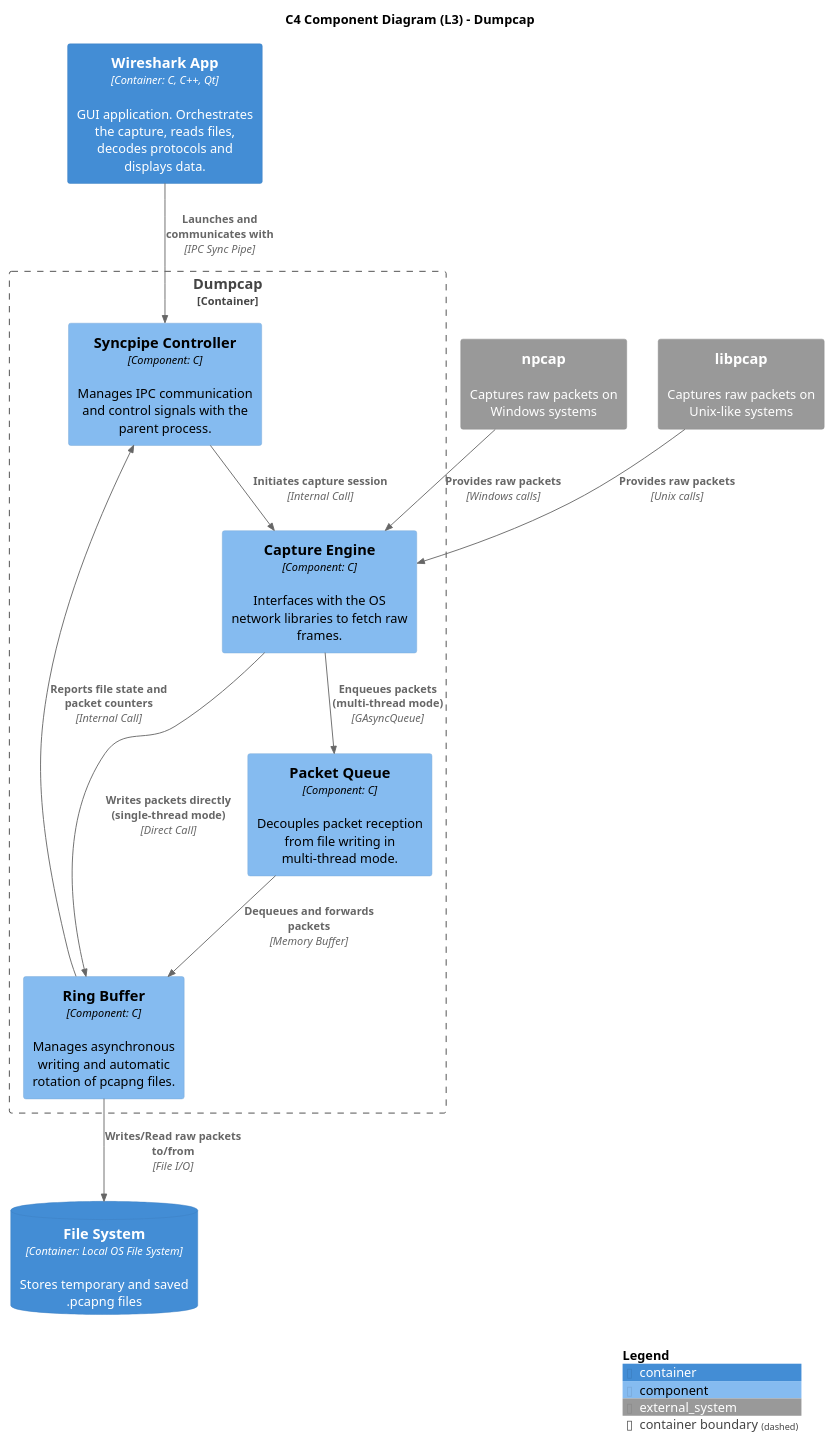
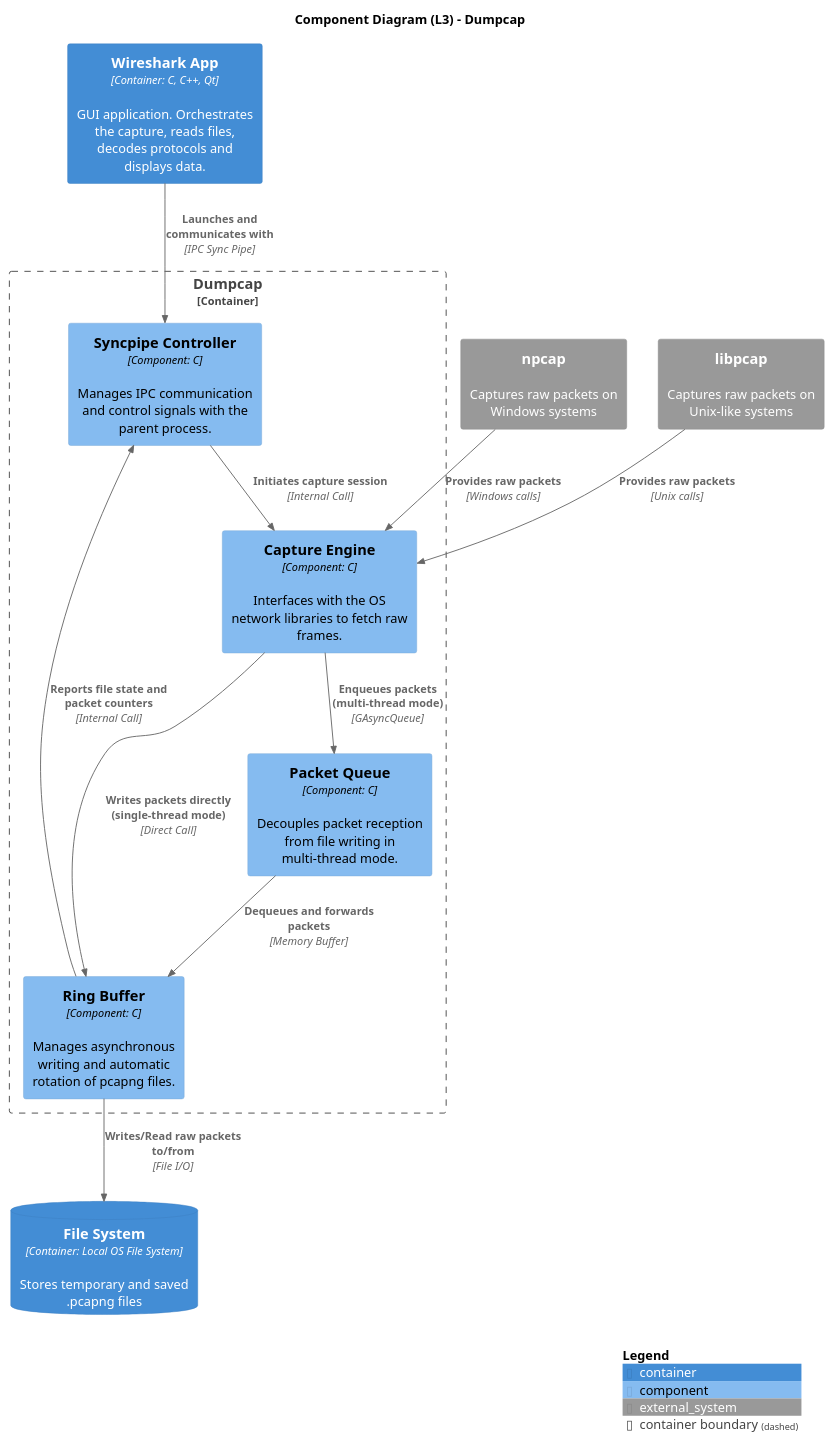
Before and after one commit to SDA-Team05/project-team05: the diagram in reports/architecture-diagrams/sketches/dumpcap_v2.puml, drawn with PlantUML. The commit also changed 10 other files, not shown here.

Commit message:
merged architecture reports and added diagrams

```diff
--- a/reports/architecture-diagrams/sketches/dumpcap_v2.puml
+++ b/reports/architecture-diagrams/sketches/dumpcap_v2.puml
@@ -1,33 +1,33 @@
 @startuml C4_Elements_L3
 !include https://raw.githubusercontent.com/plantuml-stdlib/C4-PlantUML/master/C4_Component.puml
 
-title C4 Component Diagram (L3) - Dumpcap
+title Component Diagram (L3) - Dumpcap
 
 Container(wireshark, "Wireshark App", "Container: C, C++, Qt", "GUI application. Orchestrates the capture, reads files, decodes protocols and displays data.")
 ContainerDb(filesystem, "File System", "Container: Local OS File System", "Stores temporary and saved .pcapng files")
 System_Ext(npcap, "npcap", "Captures raw packets on Windows systems")
 System_Ext(libpcap, "libpcap", "Captures raw packets on Unix-like systems")
 
 Container_Boundary(dumpcap_res, "Dumpcap") {
 
     Component(sync_pipe, "Syncpipe Controller", "Component: C", "Manages IPC communication and control signals with the parent process.")
 
     Component(cap_eng, "Capture Engine", "Component: C", "Interfaces with the OS network libraries to fetch raw frames.")
 
     Component(packet_queue, "Packet Queue", "Component: C", "Decouples packet reception from file writing in multi-thread mode.")
 
     Component(file_writer, "Ring Buffer", "Component: C", "Manages asynchronous writing and automatic rotation of pcapng files.")
 }
 
 Rel(wireshark, sync_pipe, "Launches and communicates with", "IPC Sync Pipe")
 Rel(sync_pipe, cap_eng, "Initiates capture session", "Internal Call")
 Rel(npcap, cap_eng, "Provides raw packets", "Windows calls")
 Rel(libpcap, cap_eng, "Provides raw packets", "Unix calls")
 Rel(cap_eng, packet_queue, "Enqueues packets (multi-thread mode)", "GAsyncQueue")
 Rel(packet_queue, file_writer, "Dequeues and forwards packets", "Memory Buffer")
 Rel(cap_eng, file_writer, "Writes packets directly (single-thread mode)", "Direct Call")
 Rel(file_writer, sync_pipe, "Reports file state and packet counters", "Internal Call")
 Rel(file_writer, filesystem, "Writes/Read raw packets to/from", "File I/O")
 
 SHOW_LEGEND()
 @enduml
```
